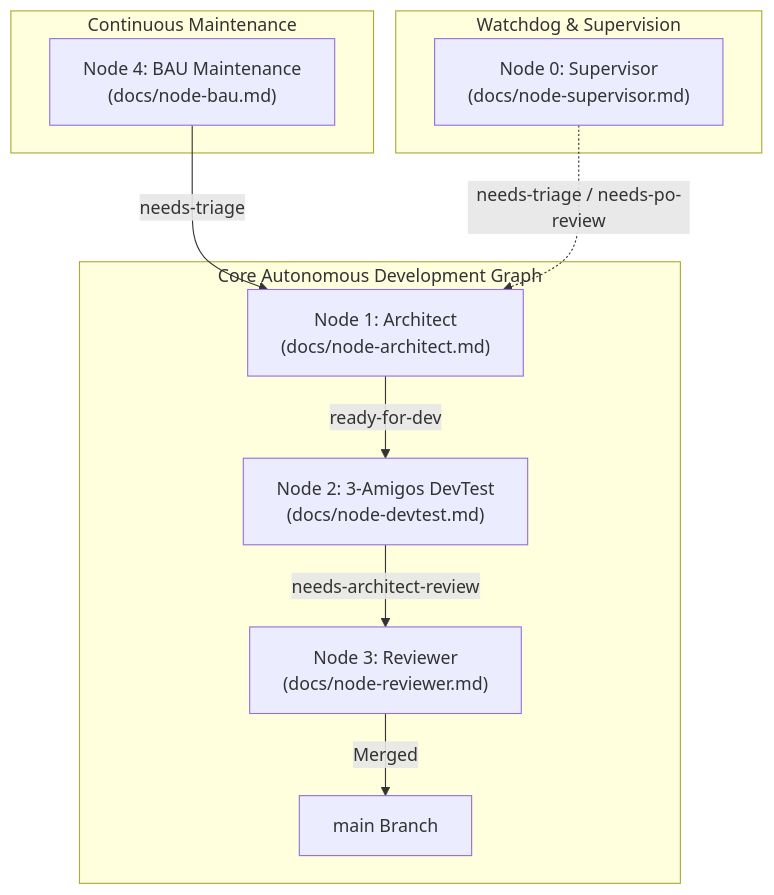
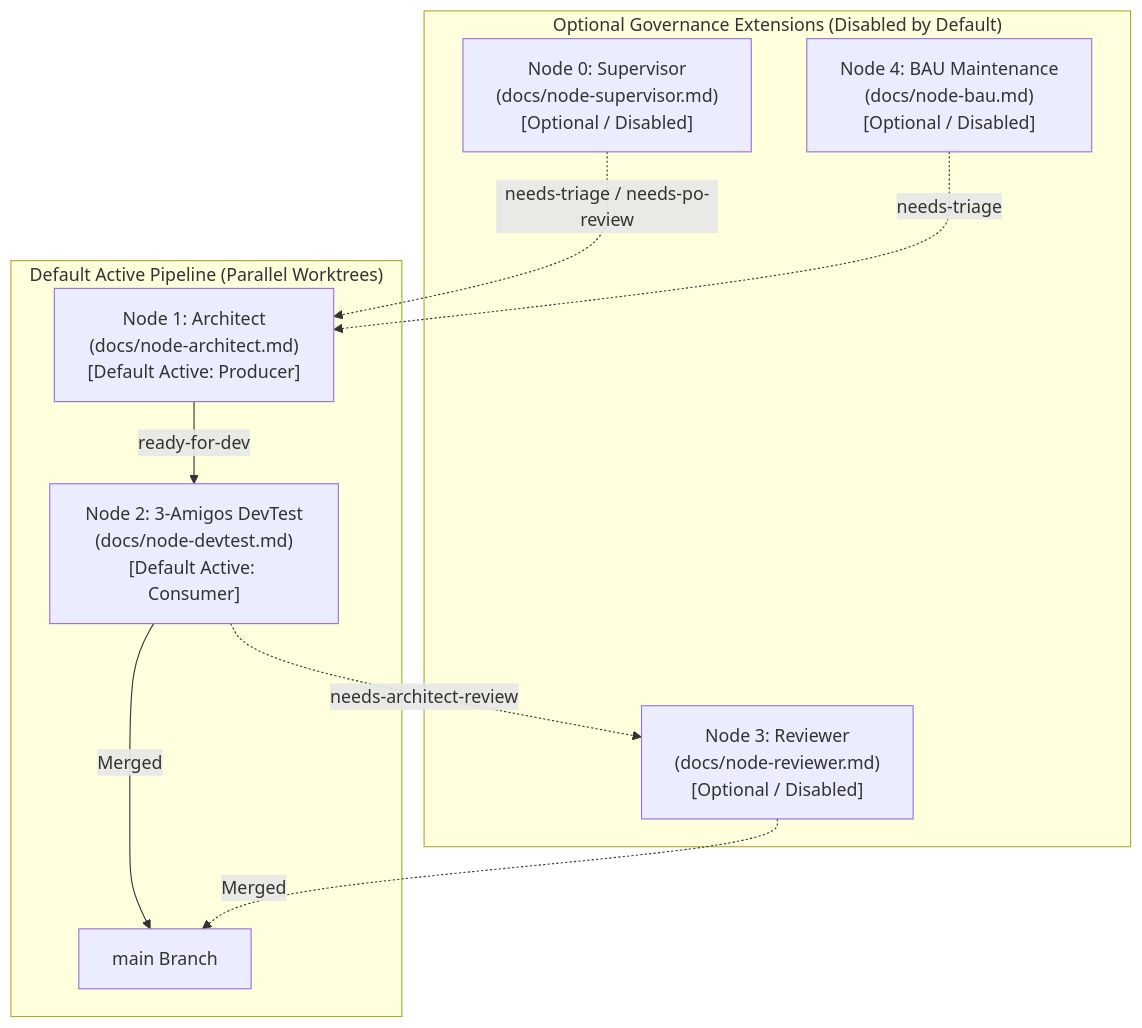
Before and after one commit to AntaresAndBharani/graph-engineering: the diagram in README.md, drawn with Mermaid. The commit also changed other lines of this file and 8 other files, not shown here.

First line of the commit message:
docs: harmonize architecture docs, README, and node guides with 2-node parallel topology (#132)

````diff
--- a/README.md
+++ b/README.md
@@ -152,23 +154,21 @@
 ```mermaid
 flowchart TD
-    subgraph Watchdog & Supervision
-        SUP["Node 0: Supervisor\n(docs/node-supervisor.md)"]
+    subgraph Core 2-Node Parallel Engine ["Default Active Pipeline (Parallel Worktrees)"]
+        A["Node 1: Architect\n(docs/node-architect.md)\n[Default Active: Producer]"]
+        B["Node 2: 3-Amigos DevTest\n(docs/node-devtest.md)\n[Default Active: Consumer]"]
+        
+        A -->|ready-for-dev| B
+        B -->|Merged| Main["main Branch"]
     end
 
-    subgraph Core Autonomous Development Graph
-        A["Node 1: Architect\n(docs/node-architect.md)"]
-        B["Node 2: 3-Amigos DevTest\n(docs/node-devtest.md)"]
-        C["Node 3: Reviewer\n(docs/node-reviewer.md)"]
+    subgraph Optional Governance Extensions ["Optional Governance Extensions (Disabled by Default)"]
+        SUP["Node 0: Supervisor\n(docs/node-supervisor.md)\n[Optional / Disabled]"]
+        C["Node 3: Reviewer\n(docs/node-reviewer.md)\n[Optional / Disabled]"]
+        BAU["Node 4: BAU Maintenance\n(docs/node-bau.md)\n[Optional / Disabled]"]
         
-        A -->|ready-for-dev| B
-        B -->|needs-architect-review| C
-        C -->|Merged| Main["main Branch"]
+        SUP -.->|needs-triage / needs-po-review| A
+        B -.->|needs-architect-review| C
+        C -.->|Merged| Main
+        BAU -.->|needs-triage| A
     end
-
-    subgraph Continuous Maintenance
-        BAU["Node 4: BAU Maintenance\n(docs/node-bau.md)"]
-        BAU -->|needs-triage| A
-    end
-
-    SUP -.->|needs-triage / needs-po-review| A
 ```
````
